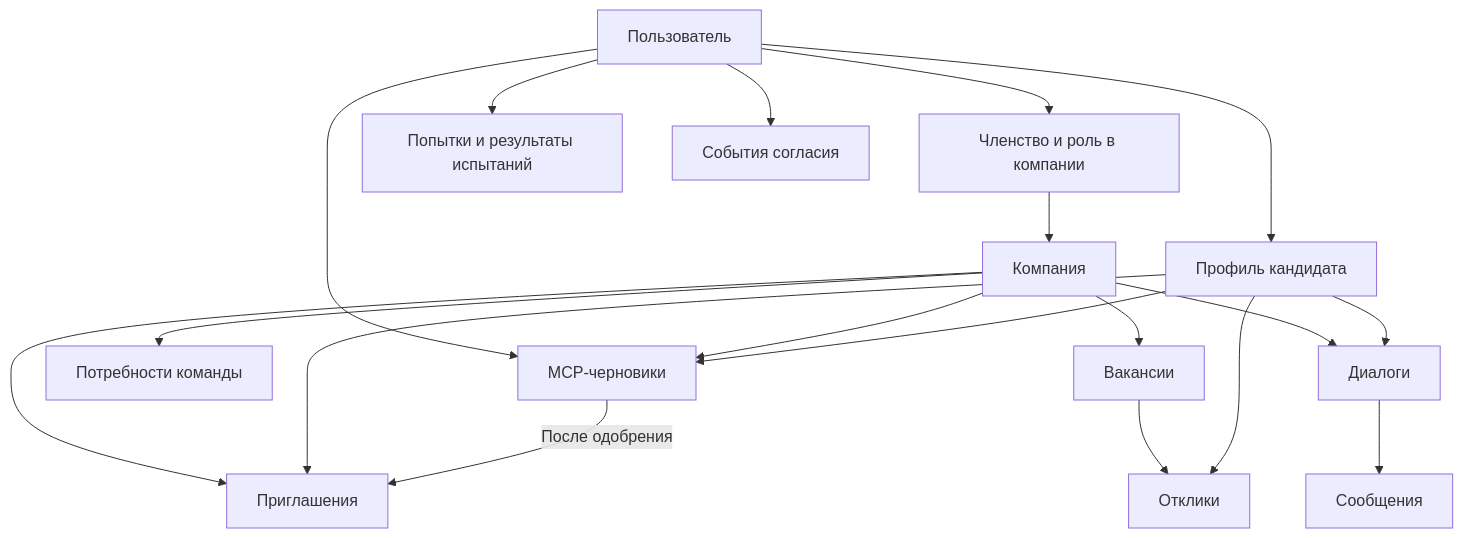
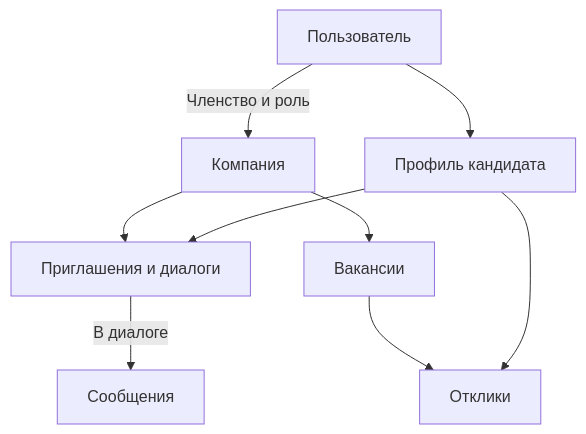
One commit to Yujir0k/Offerly changed the second of 3 diagrams in README.md. Above: the diagram before and after it, drawn with Mermaid. The commit also changed other lines of this file, not shown here.

Commit message:
docs: simplify data model diagram for readability

````diff
--- a/README.md
+++ b/README.md
@@ -400,21 +400,11 @@
 ```mermaid
 flowchart TB
     User["Пользователь"] --> Profile["Профиль кандидата"]
-    User --> Membership["Членство и роль в компании"]
-    Membership --> Company["Компания"]
-    User --> Attempts["Попытки и результаты испытаний"]
-    User --> Consents["События согласия"]
+    User -->|"Членство и роль"| Company["Компания"]
     Company --> Jobs["Вакансии"]
-    Company --> Needs["Потребности команды"]
-    Company --> Invitations["Приглашения"]
-    Profile --> Invitations
+    Company --> Contact["Приглашения и диалоги"]
+    Profile --> Contact
     Jobs --> Applications["Отклики"]
     Profile --> Applications
-    Company --> Conversations["Диалоги"]
-    Profile --> Conversations
-    Conversations --> Messages["Сообщения"]
-    User --> Drafts["MCP-черновики"]
-    Company --> Drafts
-    Profile --> Drafts
-    Drafts -->|"После одобрения"| Invitations
+    Contact -->|"В диалоге"| Messages["Сообщения"]
 ```
````
